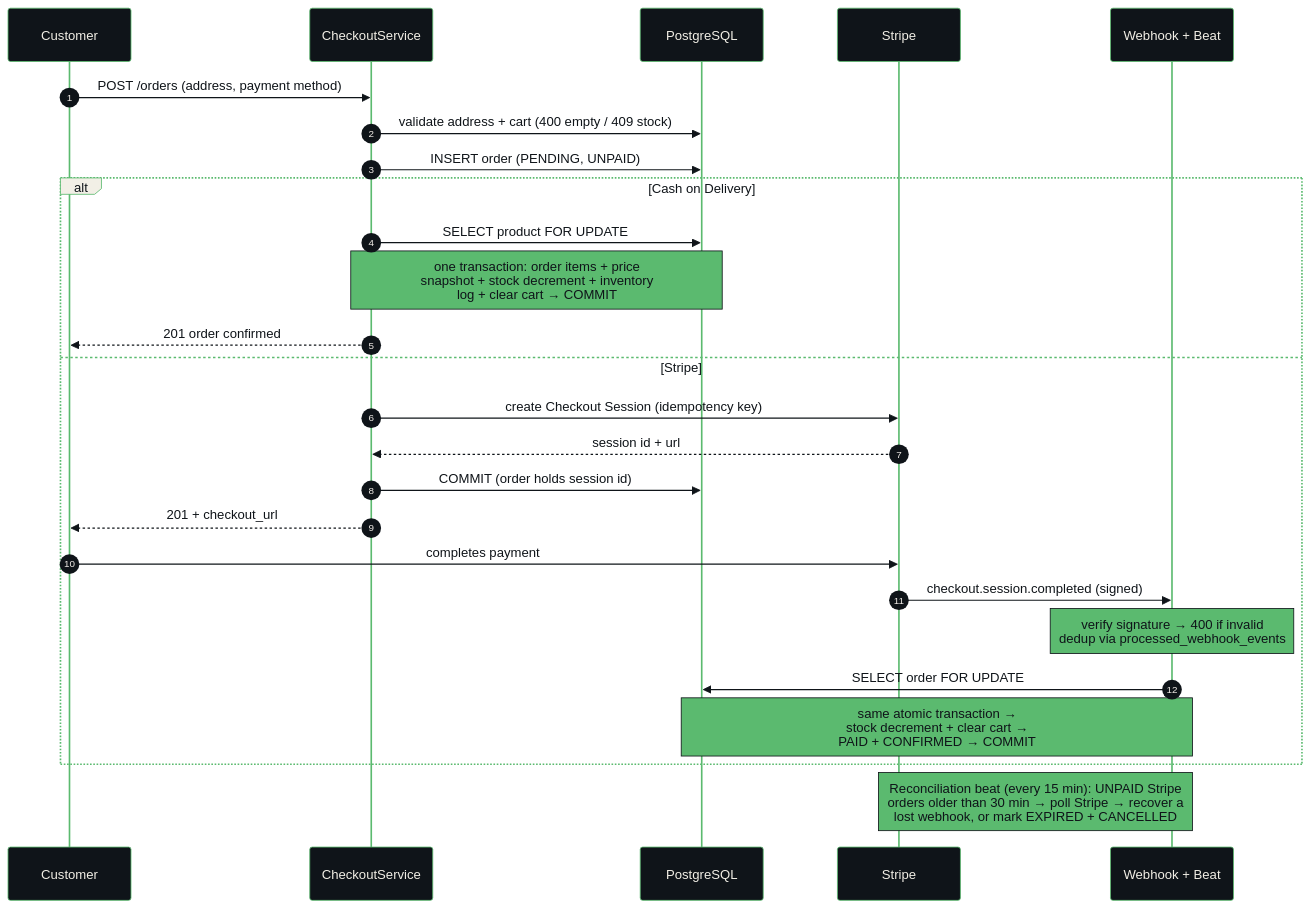
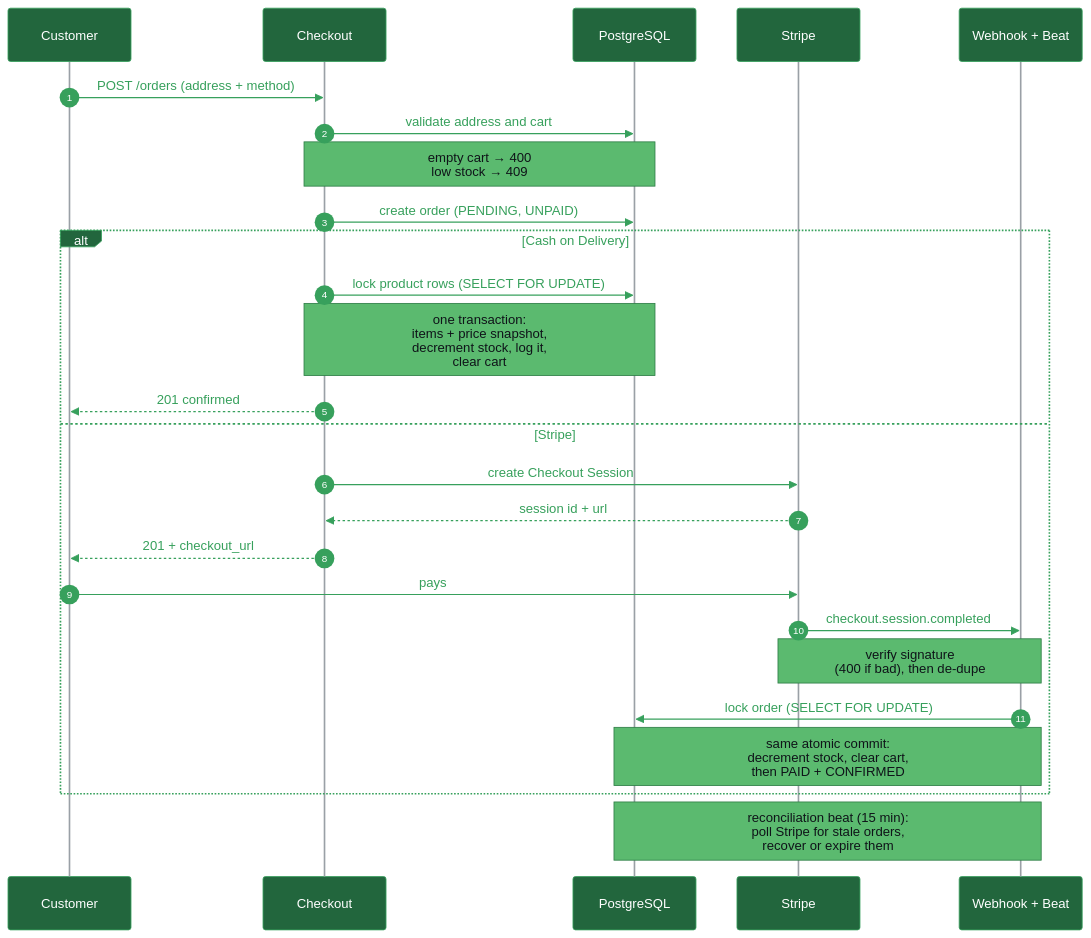
One commit to venixhq/venix changed the fifth of 7 diagrams in README.md. Above: the diagram before and after it, drawn with Mermaid. The commit also changed other lines of this file, not shown here.

````diff
--- a/README.md
+++ b/README.md
@@ -199,32 +256,30 @@
 ```mermaid
-%%{init: {'theme':'base','themeVariables':{'primaryColor':'#0F1419','primaryTextColor':'#F2EFE6','primaryBorderColor':'#5BBA6F','lineColor':'#0F1419','actorBkg':'#0F1419','actorBorder':'#5BBA6F','actorTextColor':'#F2EFE6','signalColor':'#0F1419','signalTextColor':'#0F1419','noteBkgColor':'#5BBA6F','noteTextColor':'#0F1419','noteBorderColor':'#0F1419','labelBoxBkgColor':'#F2EFE6','labelBoxBorderColor':'#5BBA6F','labelTextColor':'#0F1419','loopTextColor':'#0F1419','fontFamily':'ui-sans-serif, system-ui, sans-serif'}}}%%
+%%{init: {'theme':'base','themeVariables':{'primaryColor':'#5BBA6F','primaryTextColor':'#0F1419','lineColor':'#37A05C','actorBkg':'#22663D','actorBorder':'#37A05C','actorTextColor':'#FFFFFF','actorLineColor':'#9AA0A6','signalColor':'#37A05C','signalTextColor':'#37A05C','noteBkgColor':'#5BBA6F','noteTextColor':'#0F1419','noteBorderColor':'#2E7D46','loopTextColor':'#37A05C','sequenceNumberColor':'#FFFFFF','fontFamily':'ui-sans-serif, system-ui, sans-serif'}}}%%
 sequenceDiagram
     autonumber
     participant C as Customer
-    participant CO as CheckoutService
+    participant CO as Checkout
     participant DB as PostgreSQL
     participant S as Stripe
     participant WB as Webhook + Beat
 
-    C->>CO: POST /orders (address, payment method)
-    CO->>DB: validate address + cart (400 empty / 409 stock)
-    CO->>DB: INSERT order (PENDING, UNPAID)
-
+    C->>CO: POST /orders (address + method)
+    CO->>DB: validate address and cart
+    Note over CO,DB: empty cart → 400<br/>low stock → 409
+    CO->>DB: create order (PENDING, UNPAID)
     alt Cash on Delivery
-        CO->>DB: SELECT product FOR UPDATE
-        Note over CO,DB: one transaction: order items + price<br/>snapshot + stock decrement + inventory<br/>log + clear cart → COMMIT
-        CO-->>C: 201 order confirmed
+        CO->>DB: lock product rows (SELECT FOR UPDATE)
+        Note over CO,DB: one transaction:<br/>items + price snapshot,<br/>decrement stock, log it,<br/>clear cart
+        CO-->>C: 201 confirmed
     else Stripe
-        CO->>S: create Checkout Session (idempotency key)
+        CO->>S: create Checkout Session
         S-->>CO: session id + url
-        CO->>DB: COMMIT (order holds session id)
         CO-->>C: 201 + checkout_url
-        C->>S: completes payment
-        S->>WB: checkout.session.completed (signed)
-        Note over WB: verify signature → 400 if invalid<br/>dedup via processed_webhook_events
-        WB->>DB: SELECT order FOR UPDATE
-        Note over WB,DB: same atomic transaction →<br/>stock decrement + clear cart →<br/>PAID + CONFIRMED → COMMIT
+        C->>S: pays
+        S->>WB: checkout.session.completed
+        Note over S,WB: verify signature<br/>(400 if bad), then de-dupe
+        WB->>DB: lock order (SELECT FOR UPDATE)
+        Note over DB,WB: same atomic commit:<br/>decrement stock, clear cart,<br/>then PAID + CONFIRMED
     end
-
-    Note over WB,S: Reconciliation beat (every 15 min): UNPAID Stripe<br/>orders older than 30 min → poll Stripe → recover a<br/>lost webhook, or mark EXPIRED + CANCELLED
+    Note over DB,WB: reconciliation beat (15 min):<br/>poll Stripe for stale orders,<br/>recover or expire them
 ```
````
